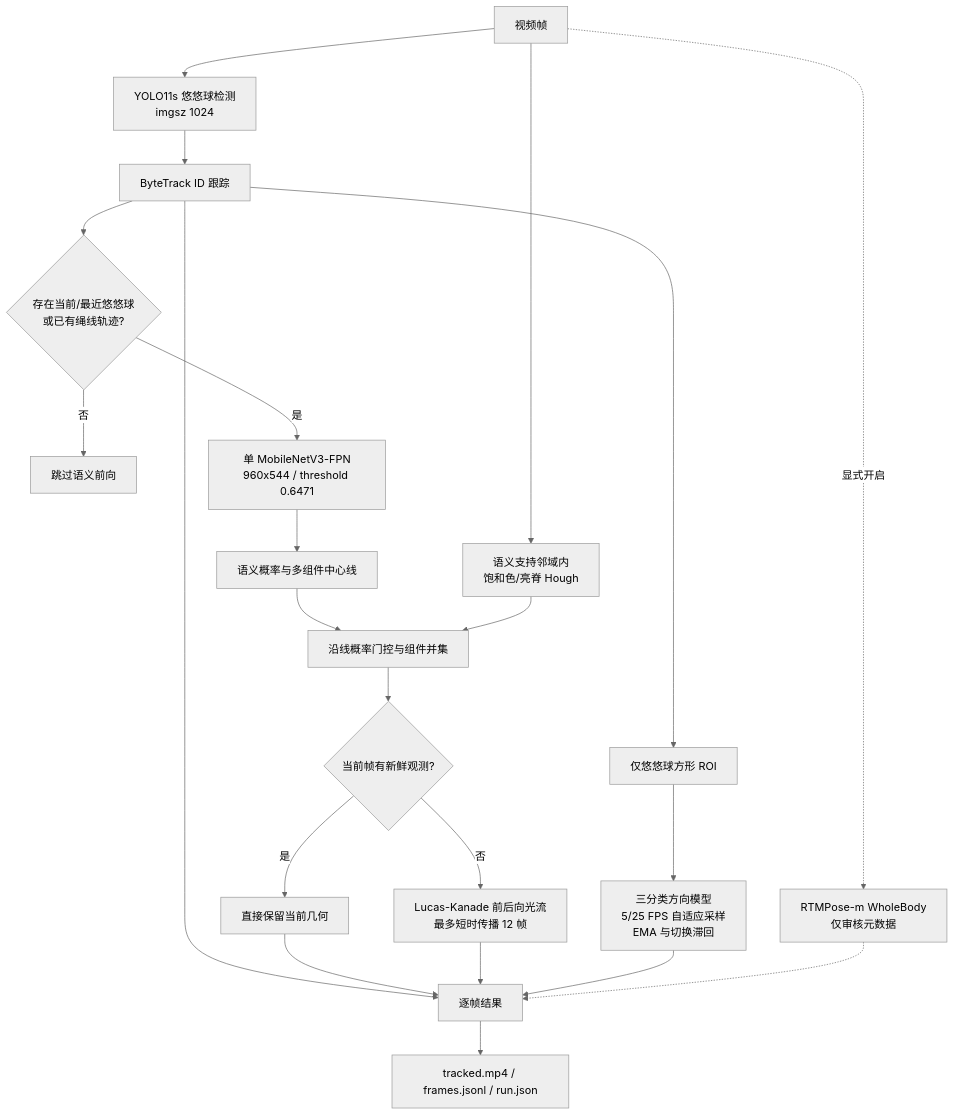
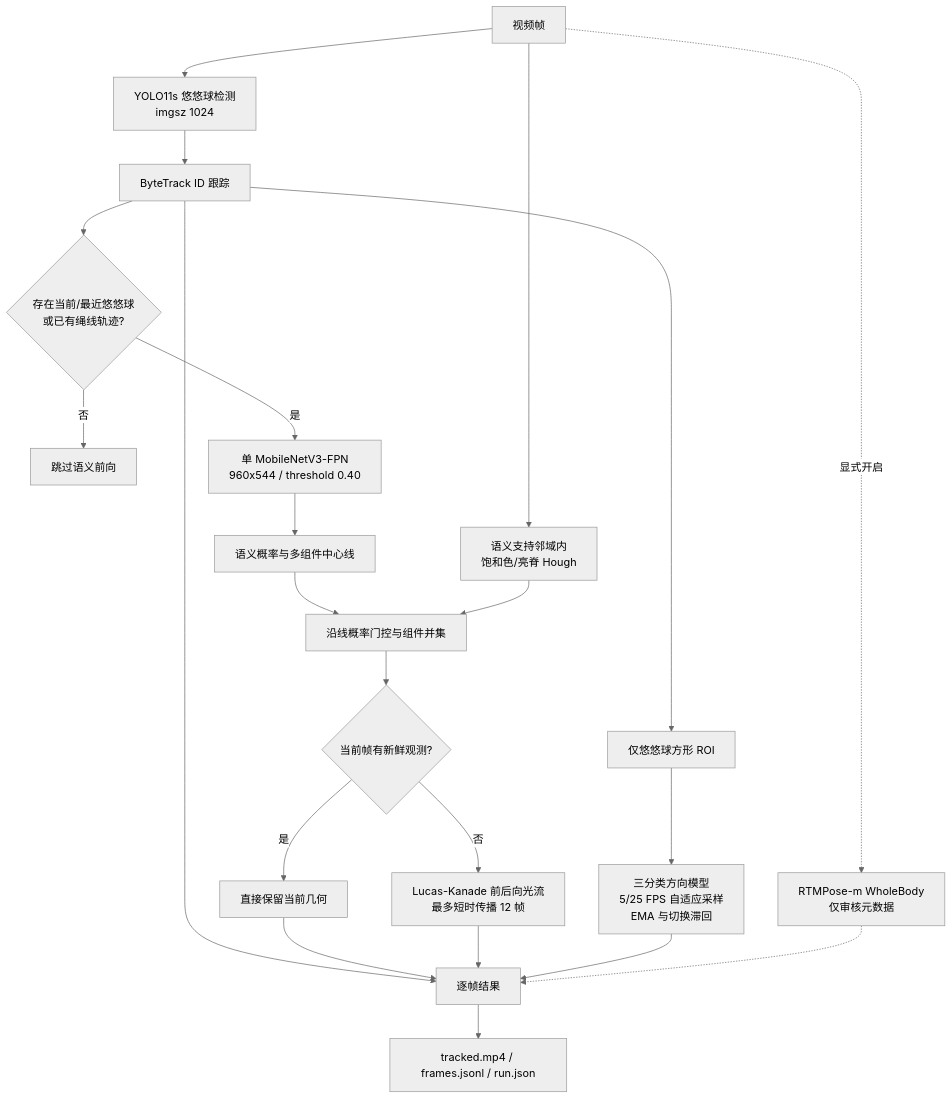
Before and after one commit to EvannZhongg/YoYo-Model: the diagram in reports/architecture_pipeline.md, drawn with Mermaid (neutral theme). The commit also changed other lines of this file and 3 other files, not shown here.

````diff
--- a/reports/architecture_pipeline.md
+++ b/reports/architecture_pipeline.md
@@ -5,28 +5,28 @@
 ```mermaid
 flowchart TD
     A[视频帧] --> B[YOLO11s 悠悠球检测<br/>imgsz 1024]
     B --> C[ByteTrack ID 跟踪]
 
     C --> D{存在当前/最近悠悠球<br/>或已有绳线轨迹?}
     D -->|否| E[跳过语义前向]
-    D -->|是| F[单 MobileNetV3-FPN<br/>960x544 / threshold 0.6471]
+    D -->|是| F[单 MobileNetV3-FPN<br/>960x544 / threshold 0.40]
     F --> G[语义概率与多组件中心线]
     A --> H[语义支持邻域内<br/>饱和色/亮脊 Hough]
     G --> I[沿线概率门控与组件并集]
     H --> I
 
     I --> J{当前帧有新鲜观测?}
     J -->|是| K[直接保留当前几何]
     J -->|否| L[Lucas-Kanade 前后向光流<br/>最多短时传播 12 帧]
 
     C --> M[仅悠悠球方形 ROI]
     M --> N[三分类方向模型<br/>5/25 FPS 自适应采样<br/>EMA 与切换滞回]
     A -. 显式开启 .-> O[RTMPose-m WholeBody<br/>仅审核元数据]
 
     C --> P[逐帧结果]
     K --> P
     L --> P
     N --> P
     O -.-> P
     P --> Q[tracked.mp4 / frames.jsonl / run.json]
 ```
````
